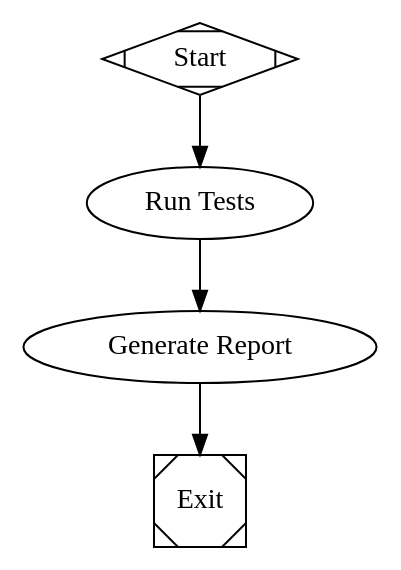
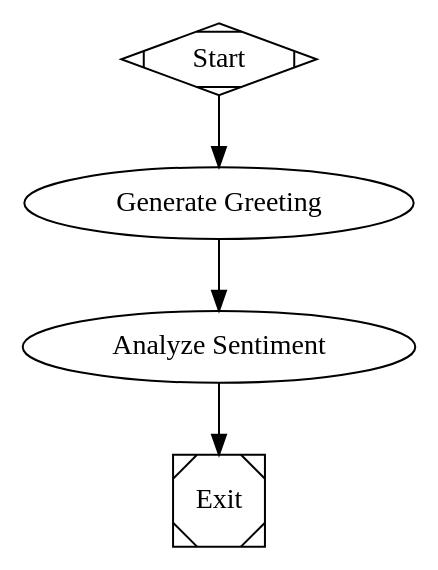
The first of 7 diagrams in README.md (rkinder/attractor), drawn with Graphviz before and after one commit. The commit also changed other lines of this file and 8 other files, not shown here.

````diff
--- a/README.md
+++ b/README.md
@@ -54,20 +41,20 @@
 ```dot
-digraph SimpleWorkflow {
-    graph [goal="Run tests and report results"]
+digraph HelloWorld {
+    graph [goal="Analyze sentiment of a greeting"]
     
     start [shape=Mdiamond, label="Start"]
     exit  [shape=Msquare, label="Exit"]
 
-    run_tests [
-        label="Run Tests", 
-        prompt="Run the test suite and report the results"
+    greet [
+        label="Generate Greeting", 
+        prompt="Create a friendly hello message"
     ]
     
-    report [
-        label="Generate Report", 
-        prompt="Create a test report summarizing the results"
+    analyze [
+        label="Analyze Sentiment", 
+        prompt="Analyze the sentiment of this greeting: $last_response"
     ]
 
-    start -> run_tests -> report -> exit
+    start -> greet -> analyze -> exit
 }
 ```
````
